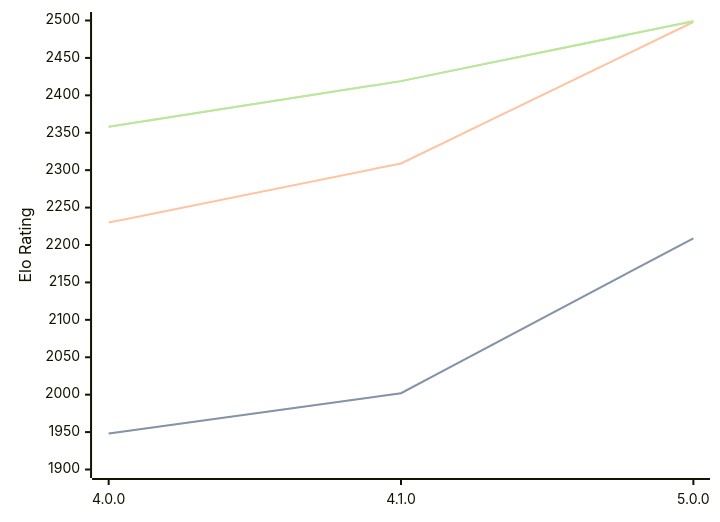
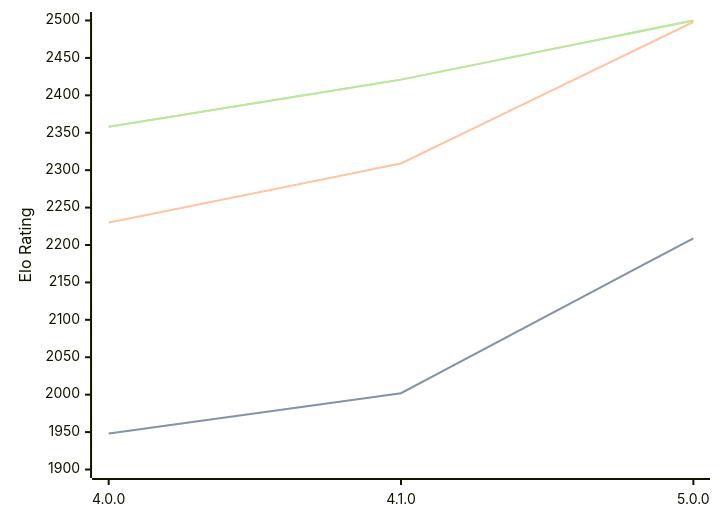
Before and after one commit to computer-chess-index/cci: the diagram in engines/Aconcagua.md, drawn with Mermaid. The commit also changed other lines of this file, not shown here.

Commit message:
Update CCI Ratings (ELO VLTC) - 2026-02-16

````diff
--- a/engines/Aconcagua.md
+++ b/engines/Aconcagua.md
@@ -39,11 +39,11 @@
 ```mermaid
 %%{init: {"theme":"base","themeVariables":{"seriesColors:['#a3a3a3','#222221','#faa371']}}}%%
 xychart-beta
   x-axis ["4.0.0", "4.1.0", "5.0.0"]
   y-axis "Elo Rating" 1900 --> 2500
   line "STC (8.0+0.08s)" [1948, 2002, 2209]
   line "STC (8.0+0.08s)" [1948, 2002, 2209]
   line "LTC (60.0+0.60s)" [2230, 2309, 2498]
-  line "VLTC (2m24s+1.12s)" [2358, 2419, 2499]
-  line "VLTC (2m24s+1.12s)" [2358, 2419, 2499]
+  line "VLTC (2m24s+1.12s)" [2358, 2421, 2500]
+  line "VLTC (2m24s+1.12s)" [2358, 2421, 2500]
 ```
````
